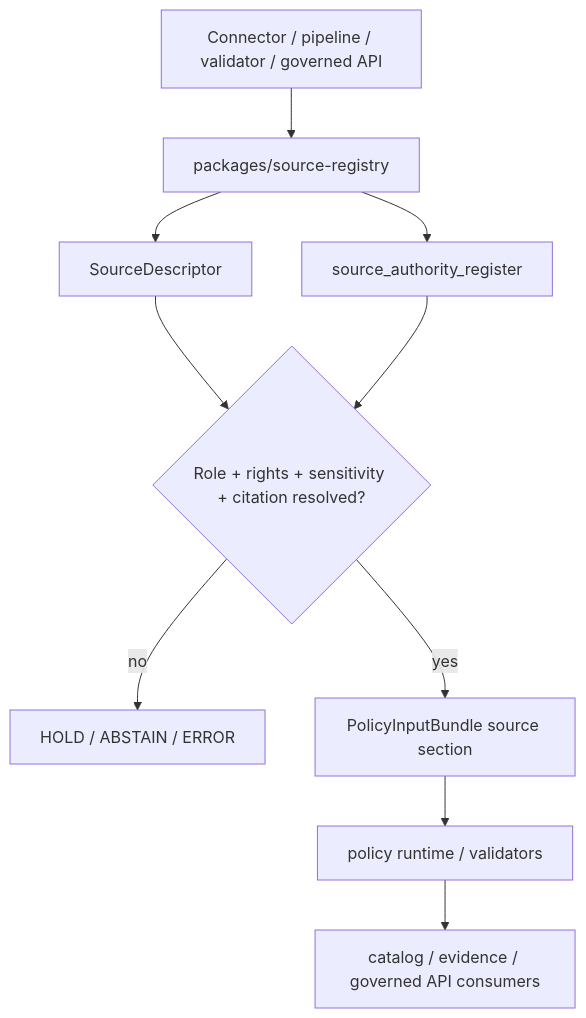
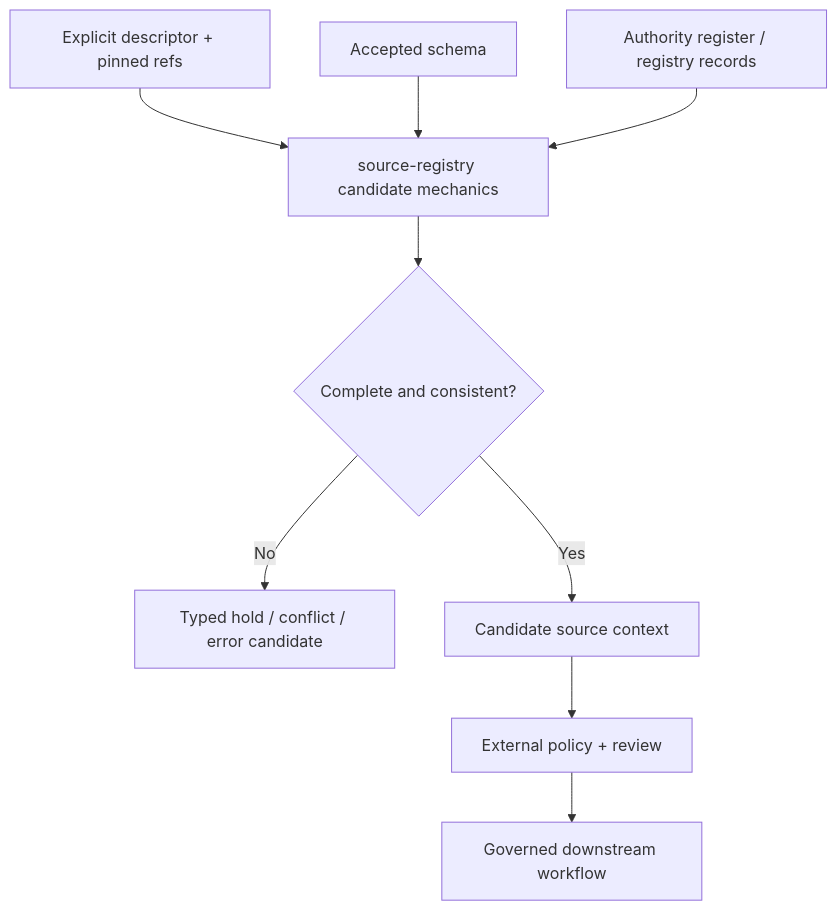
Before and after one commit to bartytime4life/Kansas-Frontier-Matrix: the diagram in packages/source-registry/README.md, drawn with Mermaid. The commit also changed other lines of this file, not shown here.

Commit message:
docs(source-registry): ground package README

````diff
--- a/packages/source-registry/README.md
+++ b/packages/source-registry/README.md
@@ -198,12 +319,11 @@
 ```mermaid
 flowchart TD
-    caller["Connector / pipeline / validator / governed API"] --> pkg["packages/source-registry"]
-    pkg --> desc["SourceDescriptor"]
-    pkg --> reg["source_authority_register"]
-    desc --> resolved{"Role + rights + sensitivity + citation resolved?"}
-    reg --> resolved
-    resolved -->|no| hold["HOLD / ABSTAIN / ERROR"]
-    resolved -->|yes| policy_input["PolicyInputBundle source section"]
-    policy_input --> policy["policy runtime / validators"]
-    policy --> downstream["catalog / evidence / governed API consumers"]
+    explicit["Explicit descriptor + pinned refs"] --> pkg["source-registry candidate mechanics"]
+    schema["Accepted schema"] --> pkg
+    register["Authority register / registry records"] --> pkg
+    pkg --> compare{"Complete and consistent?"}
+    compare -->|No| stop["Typed hold / conflict / error candidate"]
+    compare -->|Yes| context["Candidate source context"]
+    context --> policy["External policy + review"]
+    policy --> governed["Governed downstream workflow"]
 ```
````
